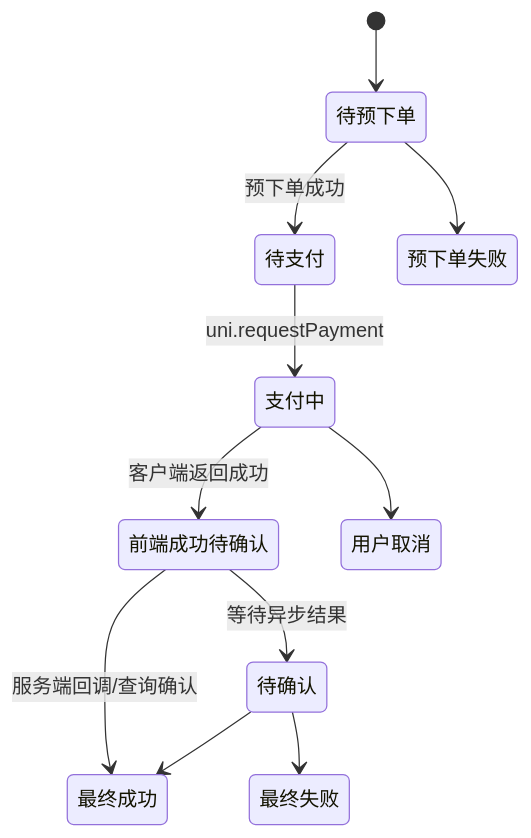
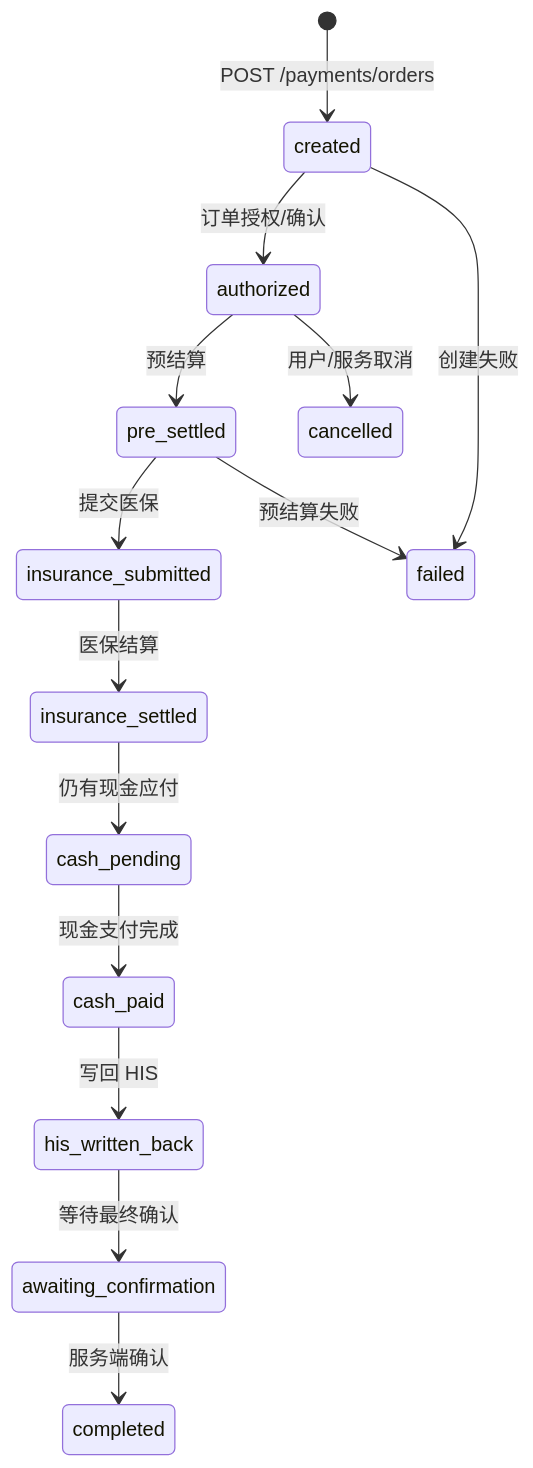
Before and after one commit to puzzle-fuzzy/hospital-platform: the diagram in docs/obsidian/04-业务规则/支付状态机.md, drawn with Mermaid. The commit also changed other lines of this file and 38 other files, not shown here.

````diff
--- a/docs/obsidian/04-业务规则/支付状态机.md
+++ b/docs/obsidian/04-业务规则/支付状态机.md
@@ -12,13 +22,16 @@
 ```mermaid
 stateDiagram-v2
-    [*] --> 待预下单
-    待预下单 --> 待支付: 预下单成功
-    待预下单 --> 预下单失败
-    待支付 --> 支付中: uni.requestPayment
-    支付中 --> 前端成功待确认: 客户端返回成功
-    支付中 --> 用户取消
-    前端成功待确认 --> 最终成功: 服务端回调/查询确认
-    前端成功待确认 --> 待确认: 等待异步结果
-    待确认 --> 最终成功
-    待确认 --> 最终失败
+    [*] --> created: POST /payments/orders
+    created --> authorized: 订单授权/确认
+    authorized --> pre_settled: 预结算
+    pre_settled --> insurance_submitted: 提交医保
+    insurance_submitted --> insurance_settled: 医保结算
+    insurance_settled --> cash_pending: 仍有现金应付
+    cash_pending --> cash_paid: 现金支付完成
+    cash_paid --> his_written_back: 写回 HIS
+    his_written_back --> awaiting_confirmation: 等待最终确认
+    awaiting_confirmation --> completed: 服务端确认
+    created --> failed: 创建失败
+    authorized --> cancelled: 用户/服务取消
+    pre_settled --> failed: 预结算失败
 ```
````
